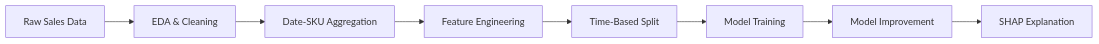
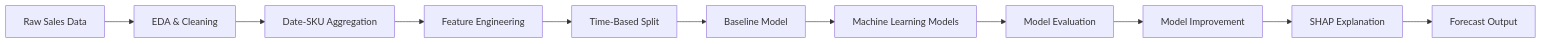
Before and after one commit to vananhmai-DA/SKU_Sales_Forecasting_MachineLearning_Pipeline: the diagram in README.md, drawn with Mermaid. The commit also changed other lines of this file, not shown here.

Commit message:
Update SKU sales forecasting pipeline with model results and SHAP explainability

````diff
--- a/README.md
+++ b/README.md
@@ -52,10 +57,13 @@
 ```mermaid
 flowchart LR
     A[Raw Sales Data] --> B[EDA & Cleaning]
     B --> C[Date-SKU Aggregation]
     C --> D[Feature Engineering]
     D --> E[Time-Based Split]
-    E --> F[Model Training]
-    F --> G[Model Improvement]
-    G --> H[SHAP Explanation]
+    E --> F[Baseline Model]
+    F --> G[Machine Learning Models]
+    G --> H[Model Evaluation]
+    H --> I[Model Improvement]
+    I --> J[SHAP Explanation]
+    J --> K[Forecast Output]
 ```
````
